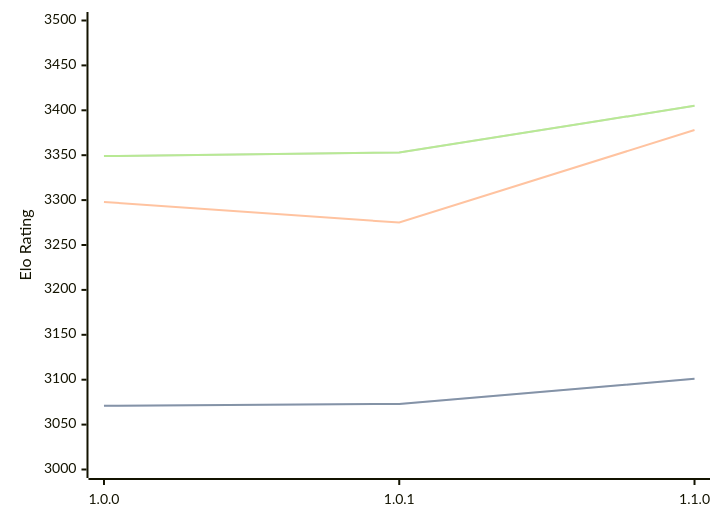
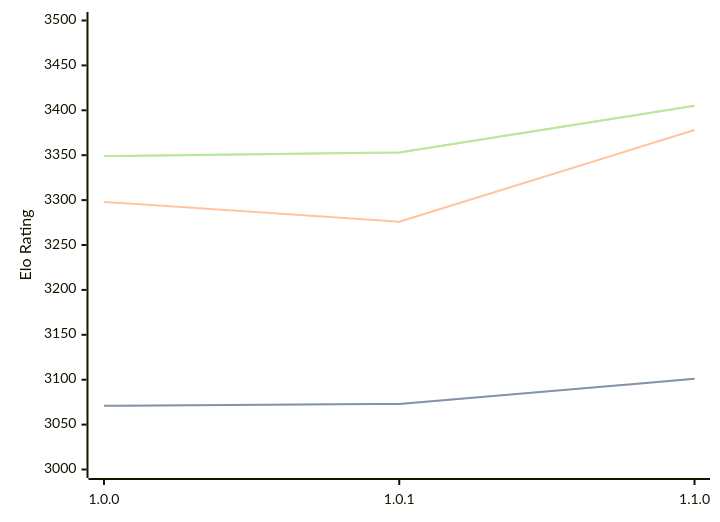
One commit to computer-chess-index/cci changed the diagram in engines/Ursus.md. Above: the diagram before and after it, drawn with Mermaid. The commit also changed other lines of this file, not shown here.

````diff
--- a/engines/Ursus.md
+++ b/engines/Ursus.md
@@ -33,11 +33,11 @@
 ```mermaid
 %%{init: {"theme":"base","themeVariables":{"seriesColors:['#a3a3a3','#222221','#faa371']}}}%%
 xychart-beta
   x-axis ["1.0.0", "1.0.1", "1.1.0"]
   y-axis "Elo Rating" 3000 --> 3500
   line "" [3071, 3073, 3101]
   line "STC (8.0+0.08s)" [3071, 3073, 3101]
-  line "LTC (60.0+0.60s)" [3298, 3275, 3378]
+  line "LTC (60.0+0.60s)" [3298, 3276, 3378]
   line "" [3349, 3353, 3405]
   line "VLTC (2m24s+1.12s)" [3349, 3353, 3405]
 ```
````
